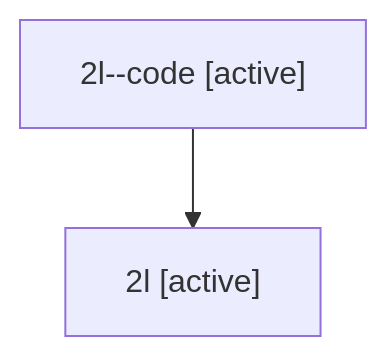
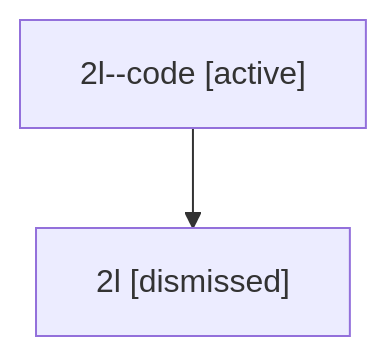
Before and after one commit to sase-org/sase--agents: the diagram in sessions/bbugyi200.athena.2l.md, drawn with Mermaid. The commit also changed other lines of this file and 16 other files, not shown here.

````diff
--- a/sessions/bbugyi200.athena.2l.md
+++ b/sessions/bbugyi200.athena.2l.md
@@ -9,6 +9,6 @@
 ```mermaid
 flowchart TD
   n0["2l--code [active]"]
-  n1["2l [active]"]
+  n1["2l [dismissed]"]
   n0 --> n1
 ```
````
